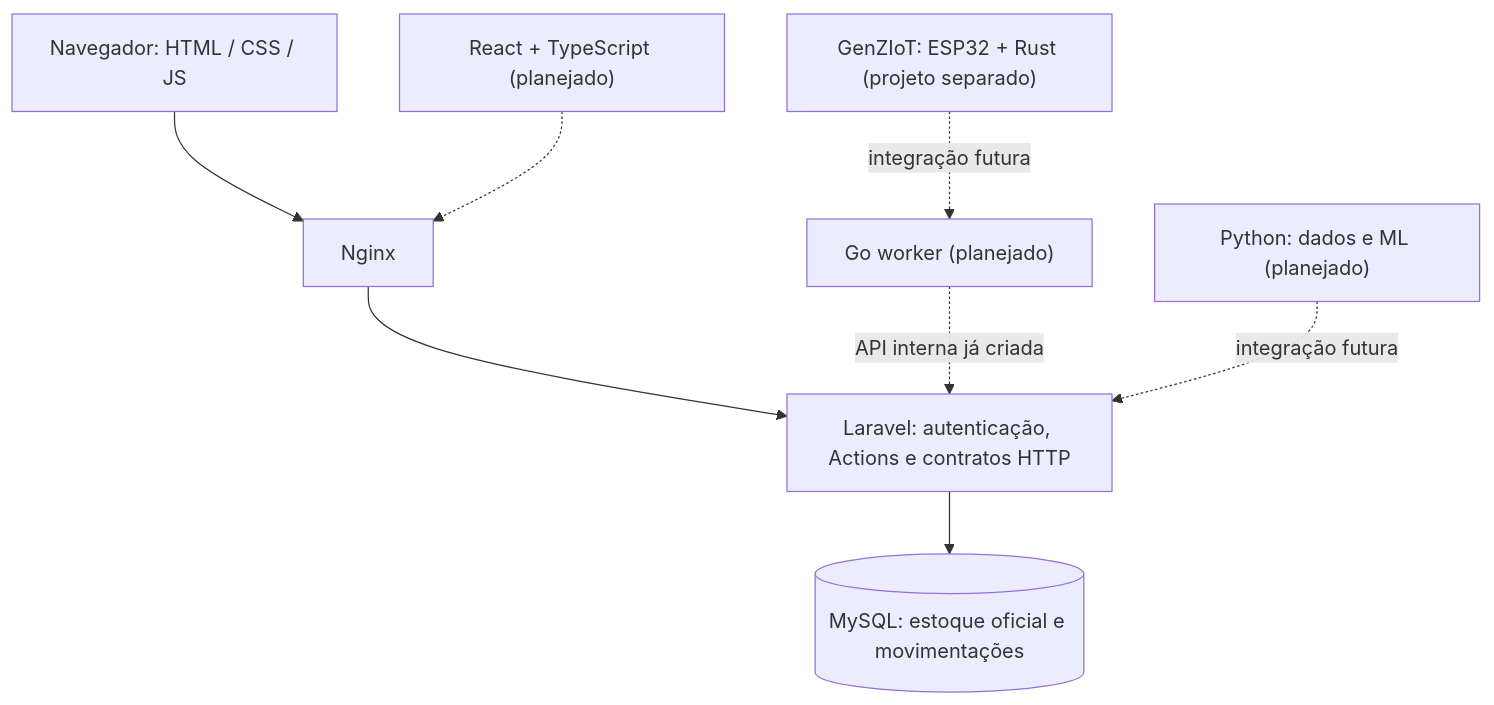
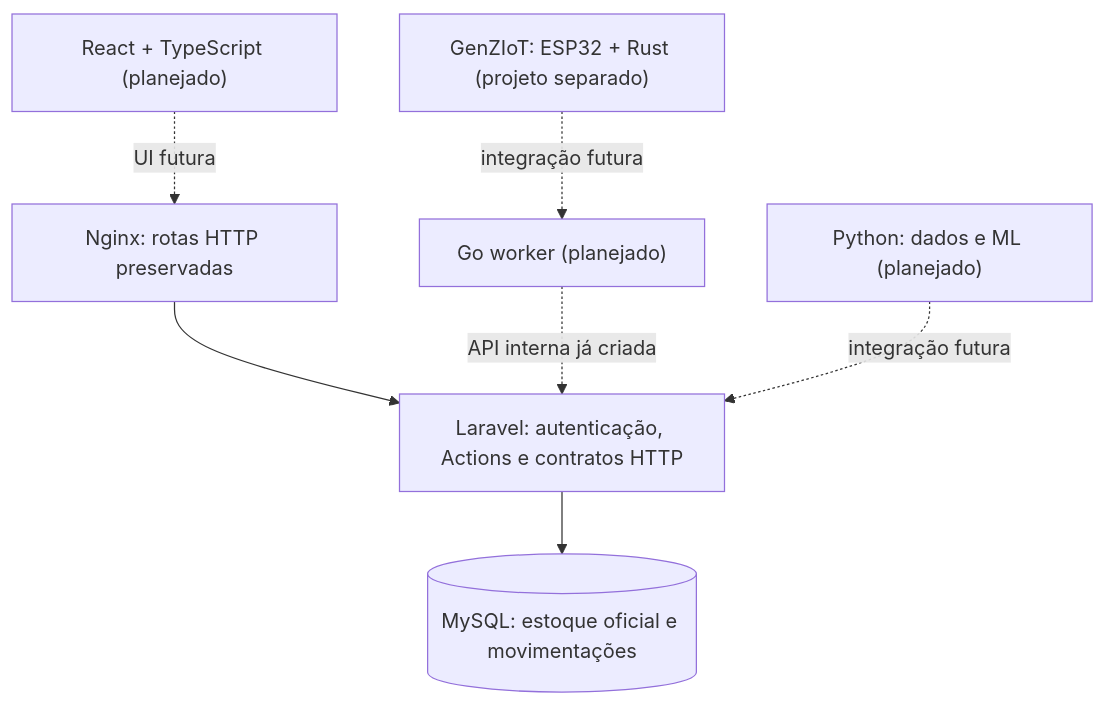
One commit to rafael-mindahead/-Gennus_completo changed the diagram in README.md. Above: the diagram before and after it, drawn with Mermaid. The commit also changed other lines of this file and 53 other files, not shown here.

```diff
--- a/README.md
+++ b/README.md
@@ -27,11 +26,10 @@
 ~~~mermaid
 flowchart TD
-    U["Navegador: HTML / CSS / JS"] --> N["Nginx"]
+    R["React + TypeScript (planejado)"] -. "UI futura" .-> N["Nginx: rotas HTTP preservadas"]
     N --> L["Laravel: autenticação, Actions e contratos HTTP"]
     L --> DB[("MySQL: estoque oficial e movimentações")]
 
     I["GenZIoT: ESP32 + Rust (projeto separado)"] -. "integração futura" .-> G["Go worker (planejado)"]
     G -. "API interna já criada" .-> L
-    R["React + TypeScript (planejado)"] -.-> N
     P["Python: dados e ML (planejado)"] -. "integração futura" .-> L
 ~~~
```
